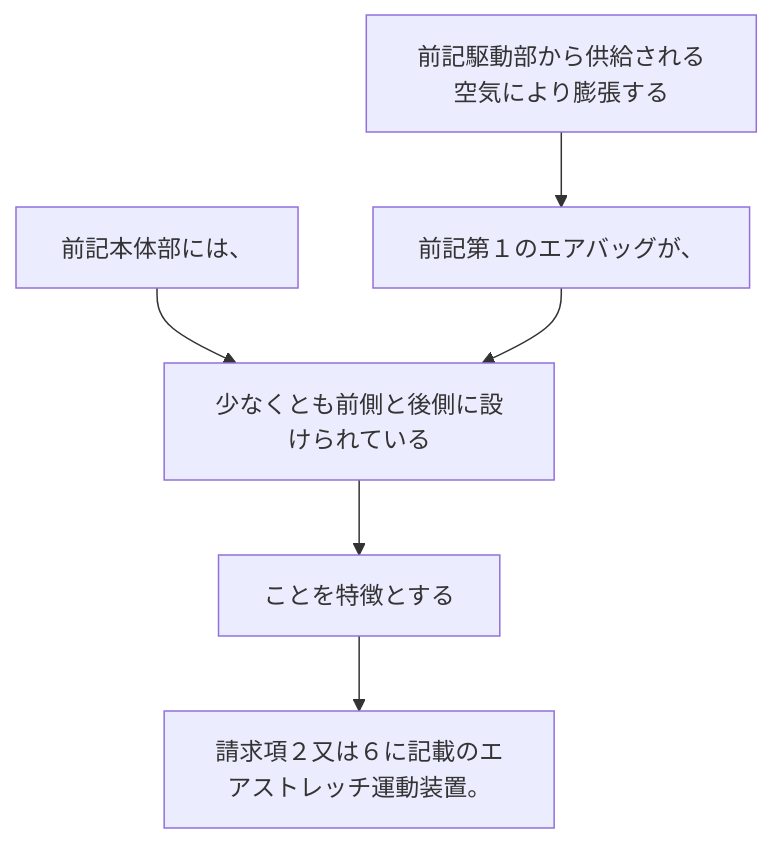
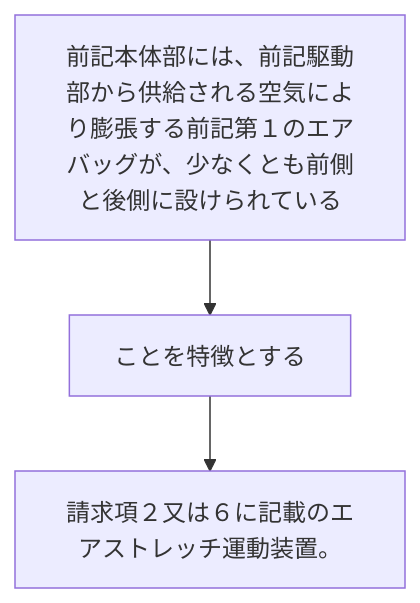
One commit to shinmori55/patent_analyzed changed the diagram in 2024/JP2024021337A/claim_7/README.md. Above: the diagram before and after it, drawn with Mermaid. The commit also changed 336 other files, not shown here.

````diff
--- a/2024/JP2024021337A/claim_7/README.md
+++ b/2024/JP2024021337A/claim_7/README.md
@@ -3,14 +3,8 @@
 ```mermaid
 flowchart TD
-A[前記本体部には、]
-B[前記駆動部から供給される空気により膨張する]
-C[前記第１のエアバッグが、]
-D[少なくとも前側と後側に設けられている]
-E[ことを特徴とする]
-F[請求項２又は６に記載のエアストレッチ運動装置。]
+A[前記本体部には、前記駆動部から供給される空気により膨張する前記第１のエアバッグが、少なくとも前側と後側に設けられている]
+B[ことを特徴とする]
+C[請求項２又は６に記載のエアストレッチ運動装置。]
+A --> B
 B --> C
-A --> D
-C --> D
-D --> E
-E --> F
 ```
````
